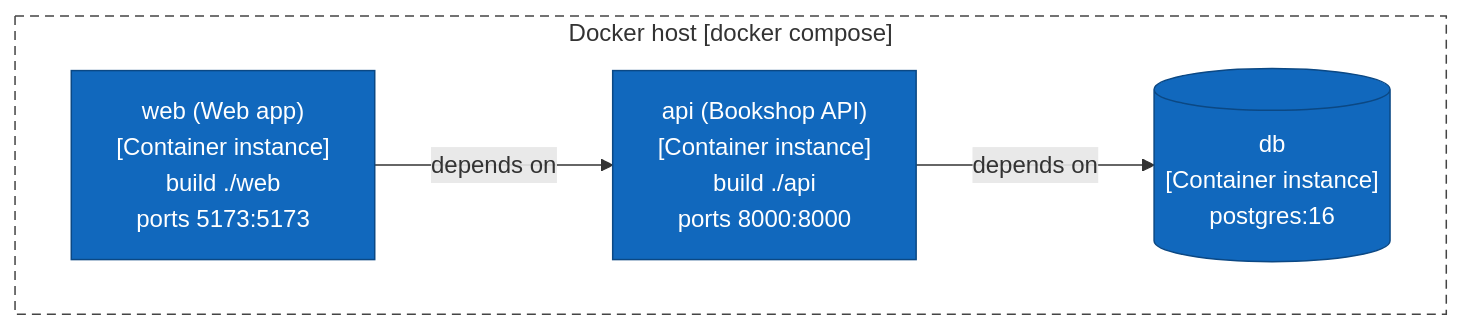
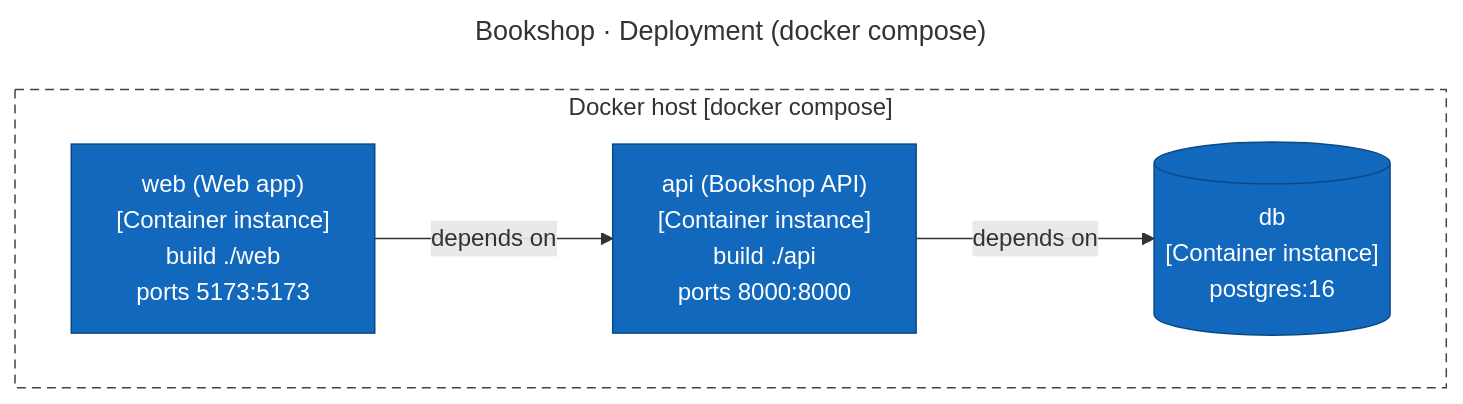
The seventh of 8 diagrams in examples/bookshop/ArchitectureReport.md (ythalorossy/architecture-skills), drawn with Mermaid before and after one commit. The commit also changed other lines of this file and 56 other files, not shown here.

First line of the commit message:
feat(c4): title every diagram and add one Key to the report

````diff
--- a/examples/bookshop/ArchitectureReport.md
+++ b/examples/bookshop/ArchitectureReport.md
@@ -267,18 +298,21 @@
 ```mermaid
+---
+title: "Bookshop · Deployment (docker compose)"
+---
 flowchart TB
     subgraph host["Docker host [docker compose]"]
         svc_db[("db<br/>[Container instance]<br/>postgres:16")]
         svc_api["api (Bookshop API)<br/>[Container instance]<br/>build ./api<br/>ports 8000:8000"]
         svc_web["web (Web app)<br/>[Container instance]<br/>build ./web<br/>ports 5173:5173"]
     end
     svc_api -->|"depends on"| svc_db
     svc_web -->|"depends on"| svc_api
     classDef person fill:#08427b,stroke:#052e56,color:#ffffff
     classDef container fill:#1168bd,stroke:#0b4884,color:#ffffff
     classDef system fill:#1168bd,stroke:#0b4884,color:#ffffff
     classDef component fill:#85bbf0,stroke:#5d82a8,color:#000000
     classDef external fill:#999999,stroke:#6b6b6b,color:#ffffff
     classDef shared fill:#dbe9f6,stroke:#5d82a8,color:#000000,stroke-dasharray:4 3
     class svc_db,svc_api,svc_web container
     style host fill:none,stroke:#444444,stroke-dasharray:6 4
 ```
````
